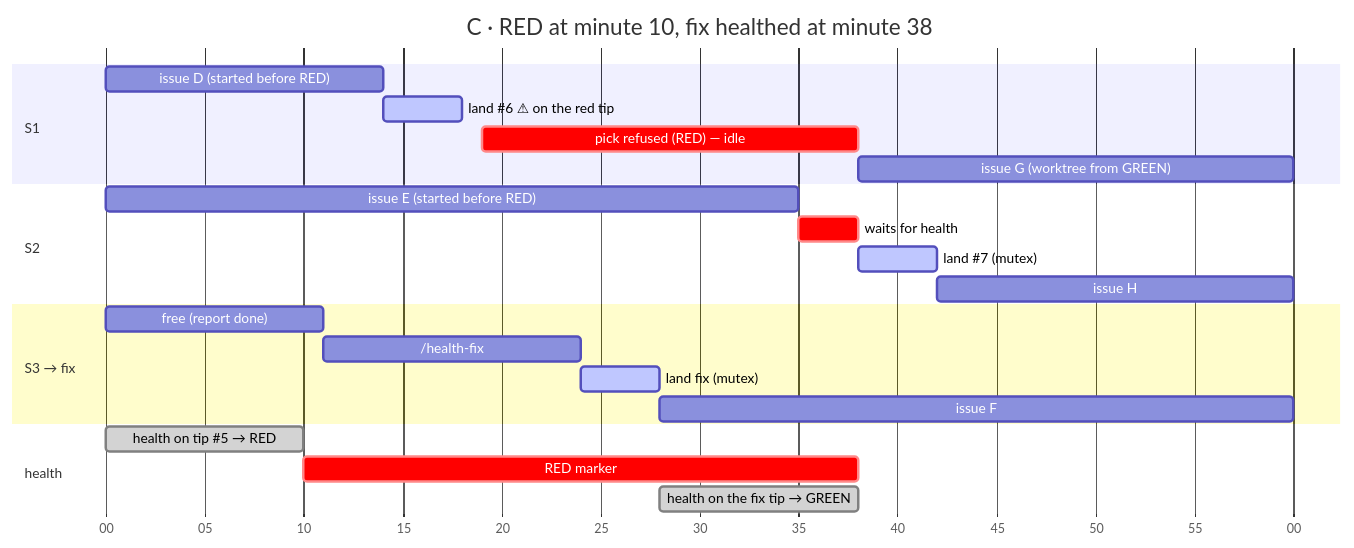
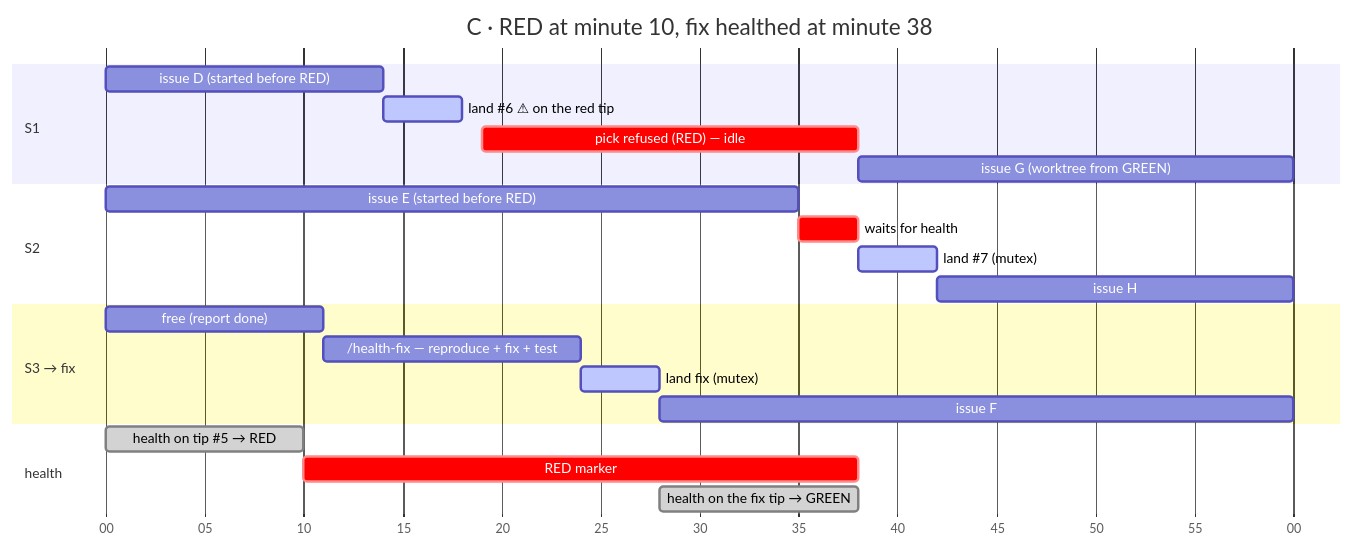
Before and after one commit to fil-donadoni/tolaria: the fourth of 4 diagrams in docs/guides/next-issue-flow.md, drawn with Mermaid. The commit also changed other lines of this file, not shown here.

Commit message:
docs(next-issue-flow): drop colons from gantt task names
Mermaid gantt splits a task line on its first ':'. 'health:main (mutex)'
crashed diagram A (rawTasks[pos].raw.startTime undefined); '/health-fix:'
silently mis-parsed diagram C's task id.

````diff
--- a/docs/guides/next-issue-flow.md
+++ b/docs/guides/next-issue-flow.md
@@ -124,25 +124,25 @@
 ```mermaid
 gantt
     dateFormat mm
     axisFormat %M
     title C · RED at minute 10, fix healthed at minute 38
     section S1
     issue D (started before RED) :a1, 00, 14m
     land #6 ⚠ on the red tip     :active, a2, 14, 4m
     pick refused (RED) — idle    :crit, a3, 19, 19m
     issue G (worktree from GREEN) :a4, 38, 22m
     section S2
     issue E (started before RED) :b1, 00, 35m
     waits for health             :crit, b2, 35, 3m
     land #7 (mutex)              :active, b3, 38, 4m
     issue H                      :b4, 42, 18m
     section S3 → fix
     free (report done)           :c1, 00, 11m
-    /health-fix: reproduce + fix + test :c2, 11, 13m
+    /health-fix — reproduce + fix + test :c2, 11, 13m
     land fix (mutex)             :active, c3, 24, 4m
     issue F                      :c4, 28, 32m
     section health
     health on tip #5 → RED       :done, h1, 00, 10m
     RED marker                   :crit, m1, 10, 28m
     health on the fix tip → GREEN :done, h2, 28, 10m
 ```
````
